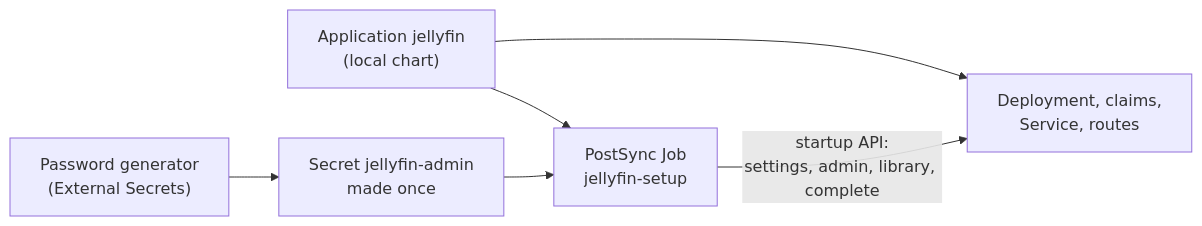
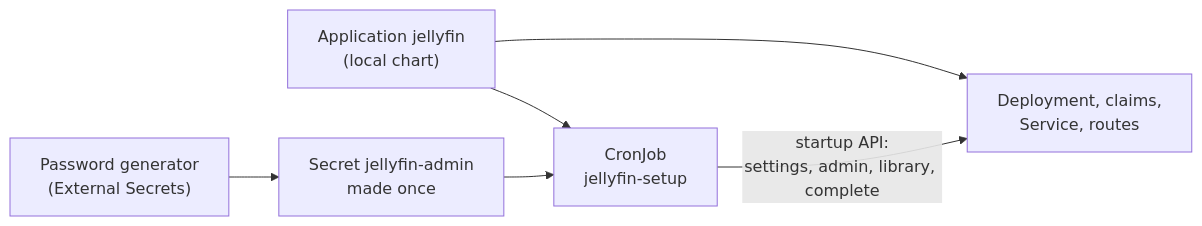
Before and after one commit to jonhill90/central-hub: the diagram in docs/runbooks/move-jellyfin-to-argo-cd.md, drawn with Mermaid. The commit also changed other lines of this file and 2 other files, not shown here.

First line of the commit message:
fix: run Jellyfin's setup as a CronJob so the SSO provider is written once its Secret exists (#493)

````diff
--- a/docs/runbooks/move-jellyfin-to-argo-cd.md
+++ b/docs/runbooks/move-jellyfin-to-argo-cd.md
@@ -19,8 +19,8 @@
 ```mermaid
 flowchart LR
   gen["Password generator<br/>(External Secrets)"] --> sec["Secret jellyfin-admin<br/>made once"]
   app["Application jellyfin<br/>(local chart)"] --> obj["Deployment, claims,<br/>Service, routes"]
-  app --> job["PostSync Job<br/>jellyfin-setup"]
+  app --> job["CronJob<br/>jellyfin-setup"]
   sec --> job
   job -- "startup API:<br/>settings, admin, library, complete" --> obj
 ```
````
